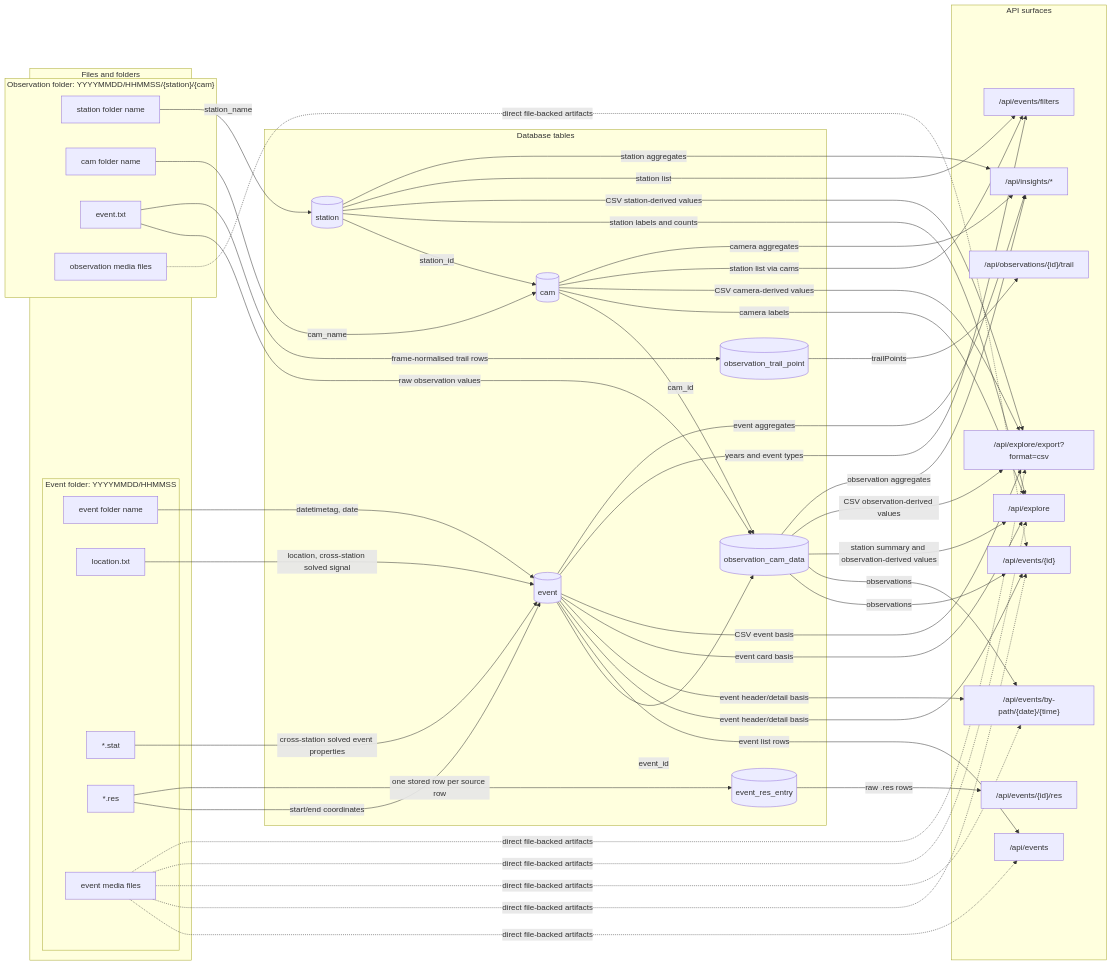
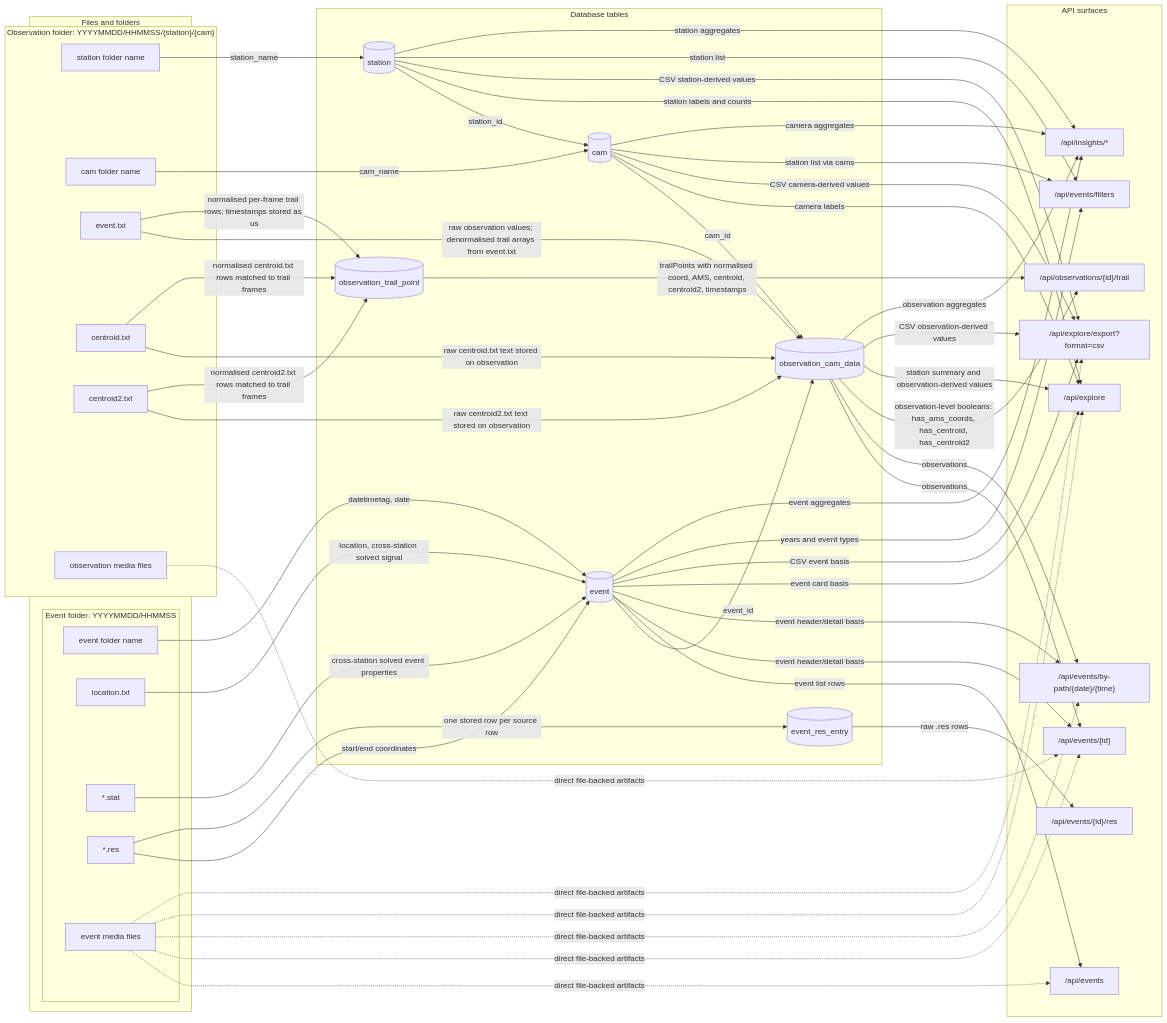
One commit to norskmeteornettverk/ildkule-backend changed the diagram in docs/api-db-file-lineage.md. Above: the diagram before and after it, drawn with Mermaid. The commit also changed other lines of this file, not shown here.

Commit message:
docs update lineage for centroid ingestion

```diff
--- a/docs/api-db-file-lineage.md
+++ b/docs/api-db-file-lineage.md
@@ -36,6 +36,8 @@
             F4["station folder name"]
             F5["cam folder name"]
             F6["event.txt"]
+            F9["centroid.txt"]
+            F10["centroid2.txt"]
             F8["observation media files"]
         end
     end
@@ -68,8 +70,12 @@
     F3 -- "one stored row per source row" --> D5
     F4 -- "station_name" --> D2
     F5 -- "cam_name" --> D3
-    F6 -- "raw observation values" --> D4
-    F6 -- "frame-normalised trail rows" --> D6
+    F6 -- "raw observation values; denormalised trail arrays from event.txt" --> D4
+    F6 -- "normalised per-frame trail rows; timestamps stored as us" --> D6
+    F9 -- "raw centroid.txt text stored on observation" --> D4
+    F9 -- "normalised centroid.txt rows matched to trail frames" --> D6
+    F10 -- "raw centroid2.txt text stored on observation" --> D4
+    F10 -- "normalised centroid2.txt rows matched to trail frames" --> D6
     D2 -- "station_id" --> D3
     D3 -- "cam_id" --> D4
     D1 -- "event_id" --> D4
@@ -80,7 +86,8 @@
     D4 -- "observations" --> A2
     D4 -- "observations" --> A3
     D5 -- "raw .res rows" --> A4
-    D6 -- "trailPoints" --> A5
+    D6 -- "trailPoints with normalised coord, AMS, centroid, centroid2, timestamps" --> A5
+    D4 -- "observation-level booleans: has_ams_coords, has_centroid, has_centroid2" --> A5
     D1 -- "event card basis" --> A6
     D2 -- "station labels and counts" --> A6
     D3 -- "camera labels" --> A6
```
